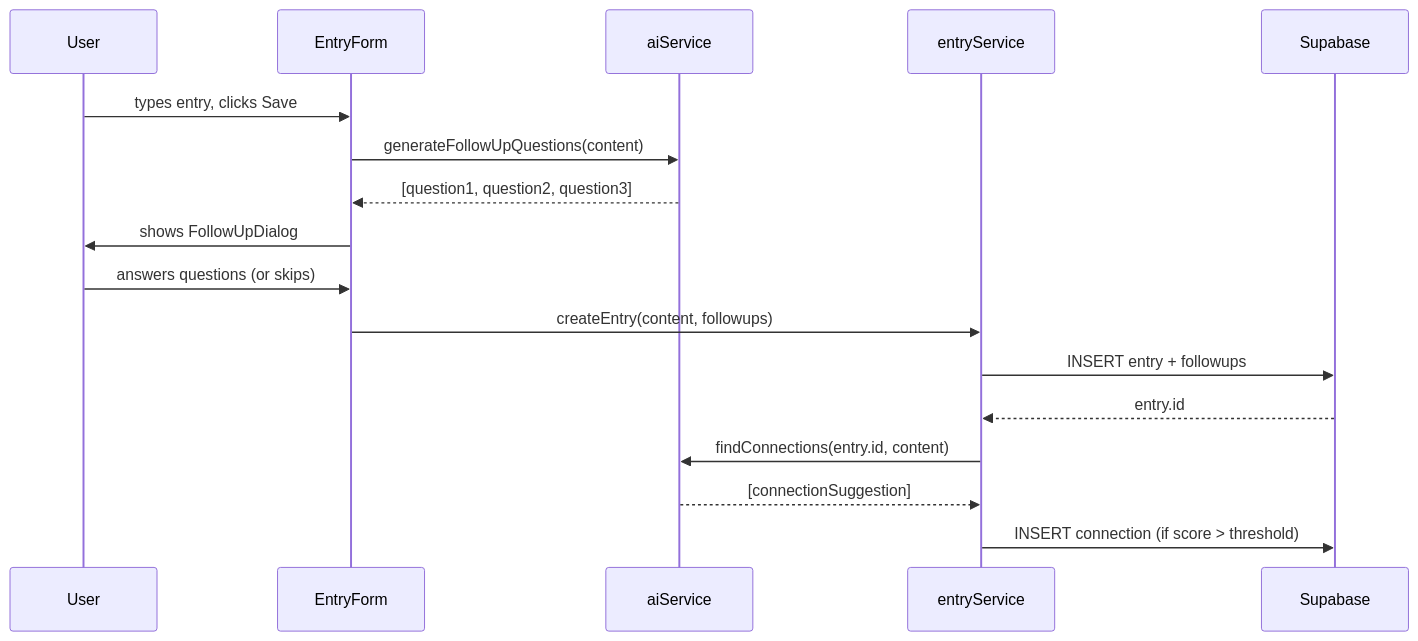
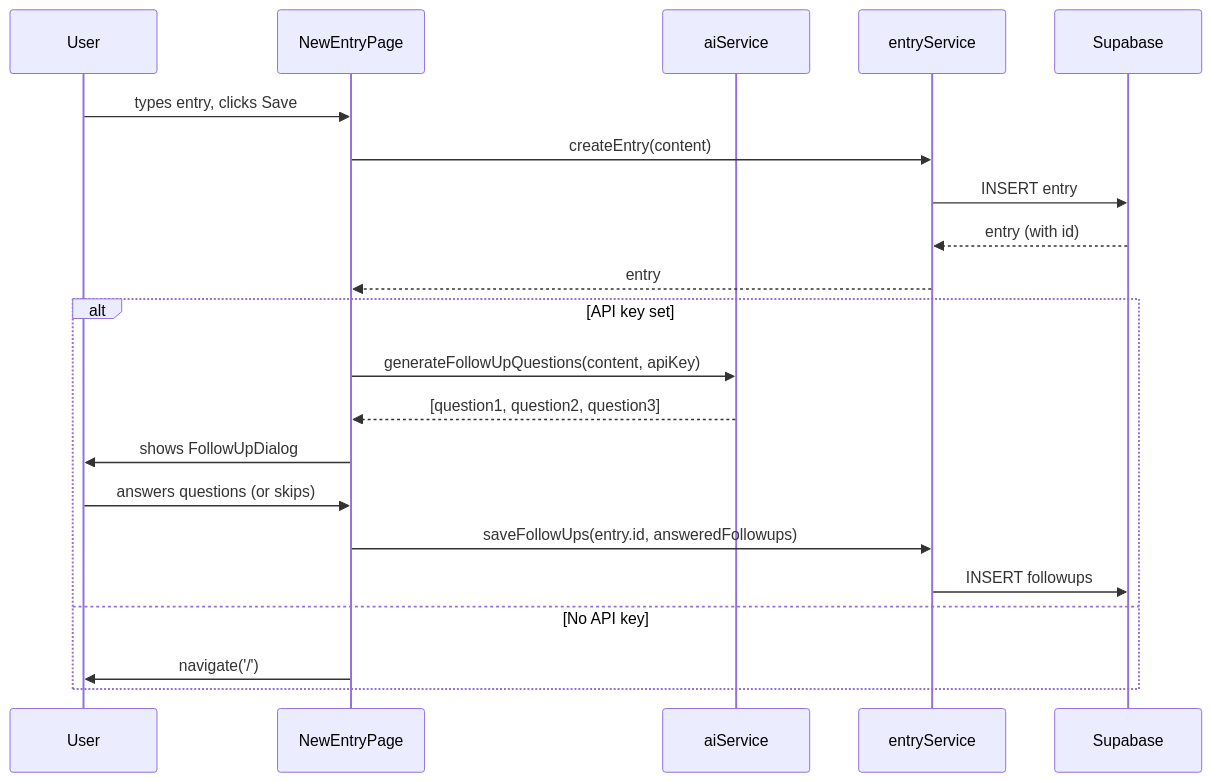
One commit to Quamca/dotflow changed the third of 4 diagrams in docs/architecture.md. Above: the diagram before and after it, drawn with Mermaid. The commit also changed other lines of this file and 3 other files, not shown here.

Commit message:
docs: update documentation for US-006 (BACKLOG, README, architecture, code_snippets)

````diff
--- a/docs/architecture.md
+++ b/docs/architecture.md
@@ -222,20 +227,24 @@
 ```mermaid
 sequenceDiagram
     participant U as User
-    participant F as EntryForm
+    participant P as NewEntryPage
     participant AI as aiService
     participant DB as entryService
     participant S as Supabase
 
-    U->>F: types entry, clicks Save
-    F->>AI: generateFollowUpQuestions(content)
-    AI-->>F: [question1, question2, question3]
-    F->>U: shows FollowUpDialog
-    U->>F: answers questions (or skips)
-    F->>DB: createEntry(content, followups)
-    DB->>S: INSERT entry + followups
-    S-->>DB: entry.id
-    DB->>AI: findConnections(entry.id, content)
-    AI-->>DB: [connectionSuggestion]
-    DB->>S: INSERT connection (if score > threshold)
+    U->>P: types entry, clicks Save
+    P->>DB: createEntry(content)
+    DB->>S: INSERT entry
+    S-->>DB: entry (with id)
+    DB-->>P: entry
+    alt API key set
+        P->>AI: generateFollowUpQuestions(content, apiKey)
+        AI-->>P: [question1, question2, question3]
+        P->>U: shows FollowUpDialog
+        U->>P: answers questions (or skips)
+        P->>DB: saveFollowUps(entry.id, answeredFollowups)
+        DB->>S: INSERT followups
+    else No API key
+        P->>U: navigate('/')
+    end
 ```
````
